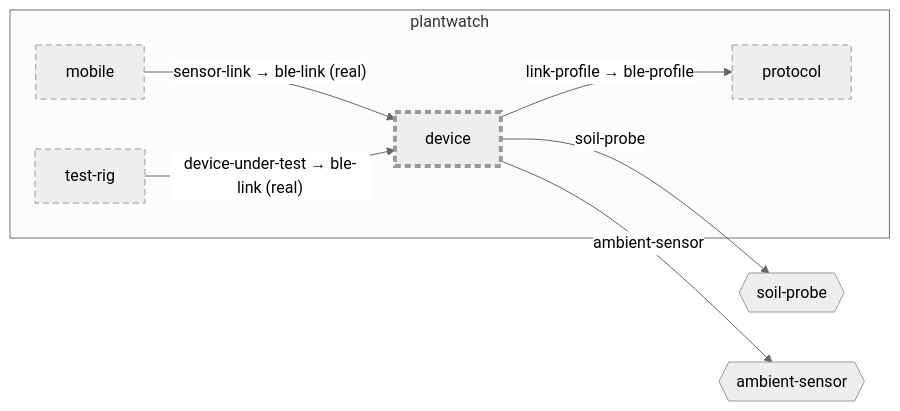
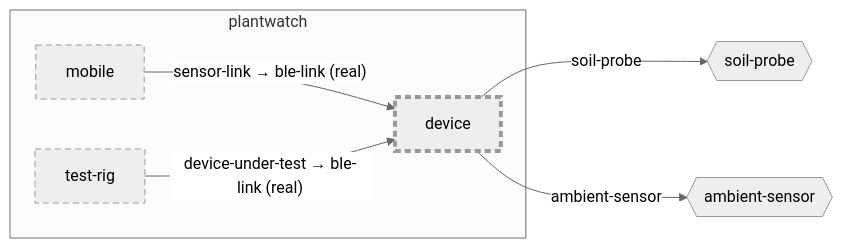
The diagram in examples/plantwatch/device/docs/diagrams/context.md (wackazong/unifold), drawn with Mermaid (neutral theme) before and after one commit. The commit also changed other lines of this file and 383 other files, not shown here.

````diff
--- a/examples/plantwatch/device/docs/diagrams/context.md
+++ b/examples/plantwatch/device/docs/diagrams/context.md
@@ -8,22 +8,20 @@
 ```mermaid
 flowchart LR
   subgraph u_root["plantwatch"]
     u_device["device"]
     u_mobile["mobile"]
-    u_protocol["protocol"]
     u_test_drig["test-rig"]
   end
   n_root___soil_dprobe{{"soil-probe"}}
   n_root___ambient_dsensor{{"ambient-sensor"}}
-  u_device -->|"link-profile → ble-profile"| u_protocol
   u_mobile -->|"sensor-link → ble-link (real)"| u_device
   u_test_drig -->|"device-under-test → ble-link (real)"| u_device
   u_device -->|"soil-probe"| n_root___soil_dprobe
   u_device -->|"ambient-sensor"| n_root___ambient_dsensor
   classDef focus stroke-width:4px
   classDef planned stroke-dasharray:6 4
   classDef deprecated stroke-dasharray:2 2,opacity:0.6
   classDef plain stroke-dasharray:2 3
-  class u_device,u_mobile,u_protocol,u_test_drig planned
+  class u_device,u_mobile,u_test_drig planned
   class u_device focus
 ```
````
